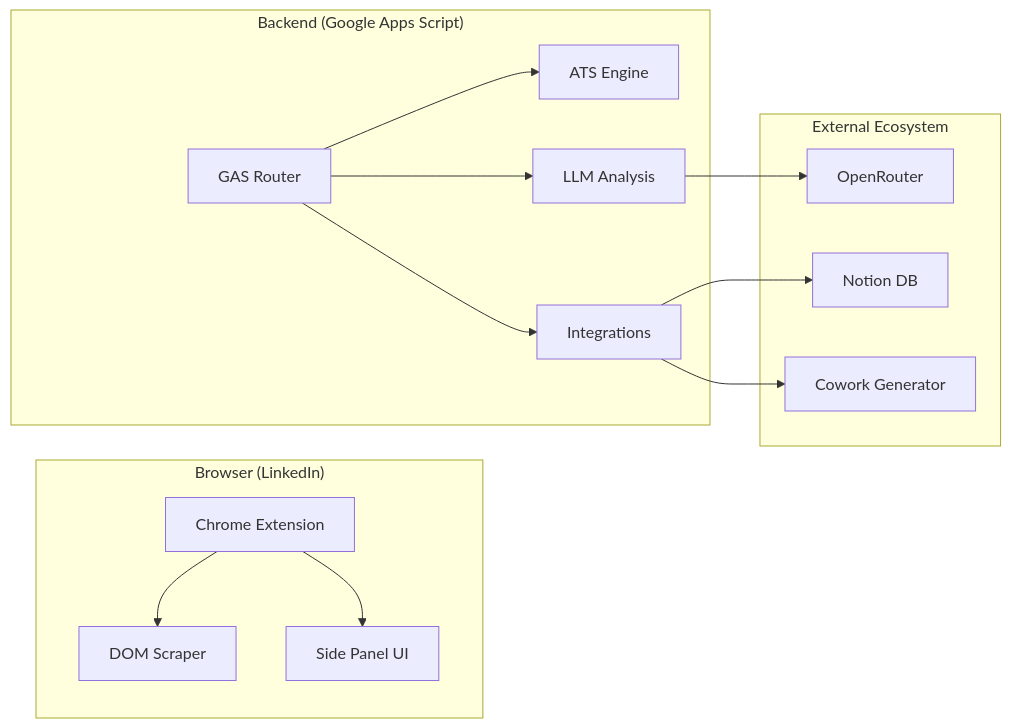
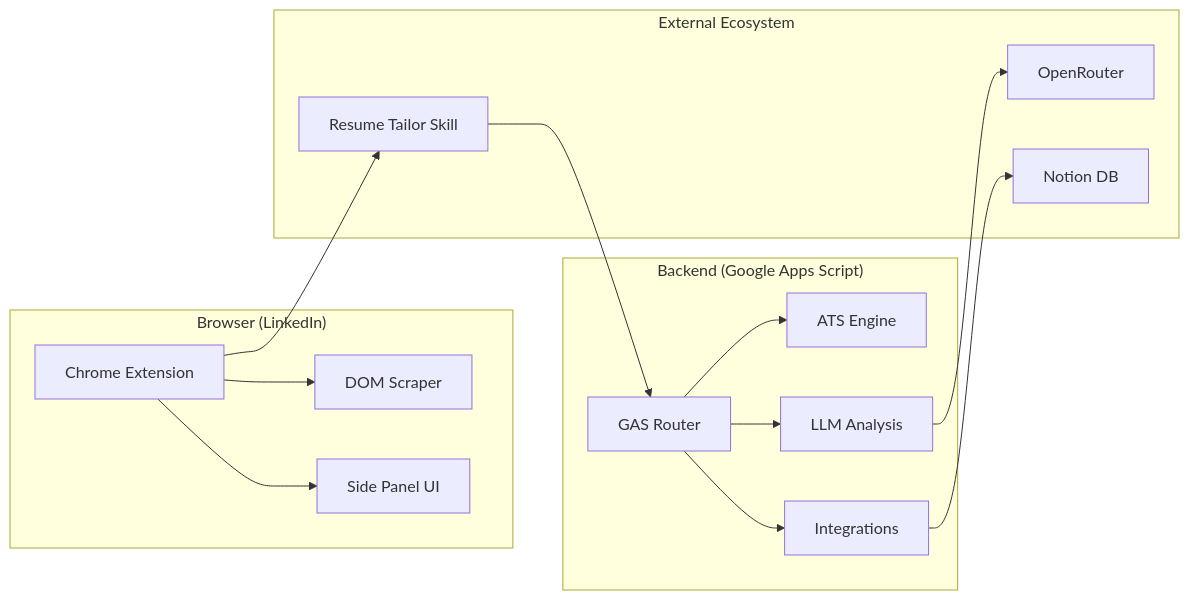
Before and after one commit to akashnits/upside-down: the diagram in README.md, drawn with Mermaid. The commit also changed other lines of this file and 10 other files, not shown here.

Commit message:
Add agent skill resume tailoring workflow

````diff
--- a/README.md
+++ b/README.md
@@ -21,27 +21,28 @@
 ```mermaid
 graph LR
     subgraph "Browser (LinkedIn)"
     EXT[Chrome Extension]
     EXT --> DOM[DOM Scraper]
     EXT --> MOD[Side Panel UI]
     end
 
     subgraph "Backend (Google Apps Script)"
     GAS[GAS Router]
     ATS[ATS Engine]
     LLM[LLM Analysis]
     MODS[Integrations]
     GAS --> LLM
     GAS --> ATS
     GAS --> MODS
     end
 
     subgraph "External Ecosystem"
     OR[OpenRouter]
     NOT[Notion DB]
-    COW[Cowork Generator]
+    AGENT[Resume Tailor Skill]
     LLM --> OR
     MODS --> NOT
-    MODS --> COW
+    EXT --> AGENT
+    AGENT --> GAS
     end
 ```
````
